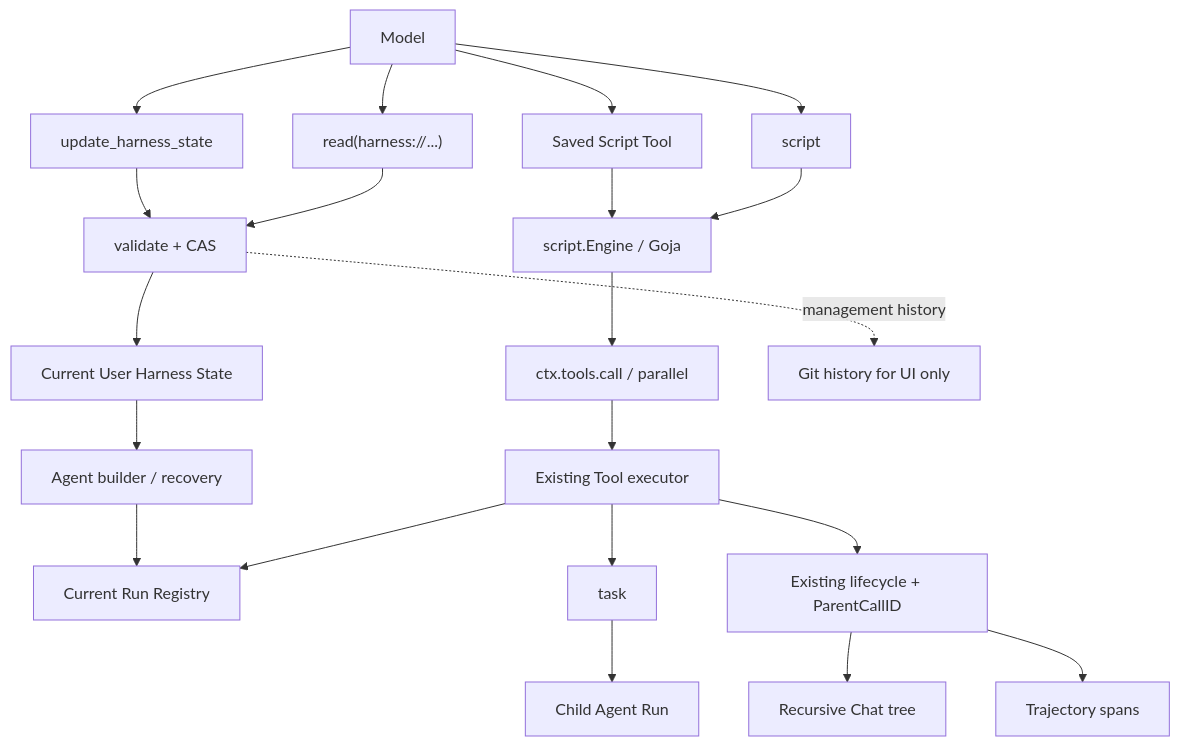
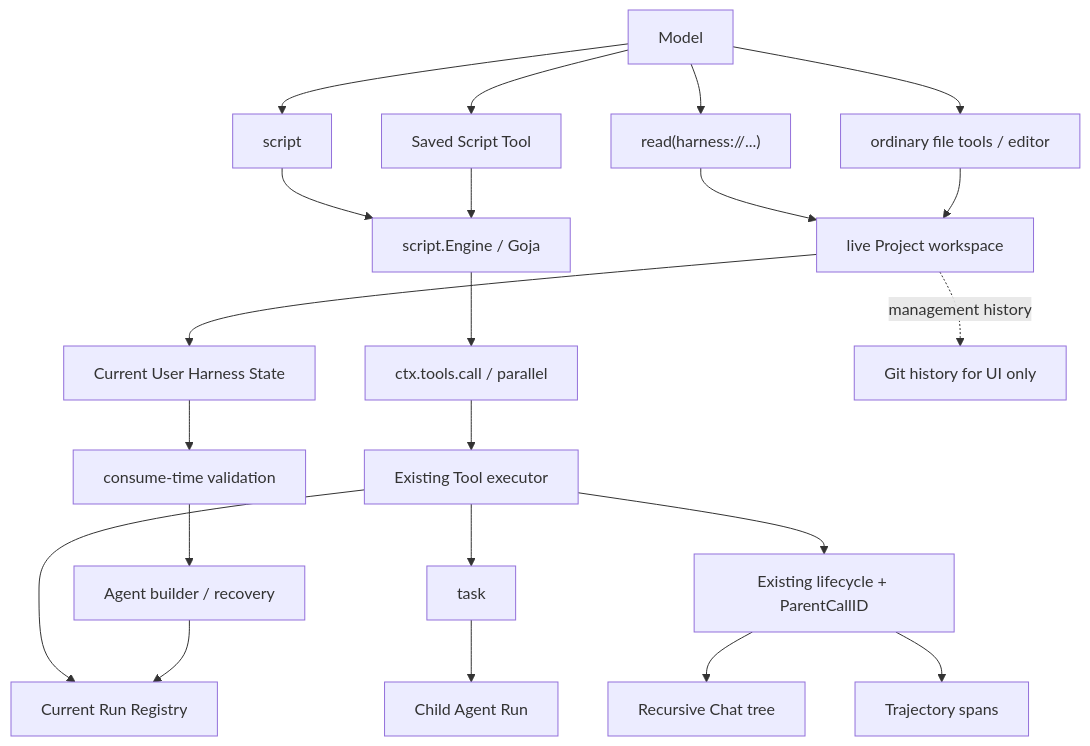
Before and after one commit to alfredxw/denova: the diagram in docs/dynamic-tool-orchestration-design.md, drawn with Mermaid. The commit also changed other lines of this file and 95 other files, not shown here.

Commit message:
Refactor application architecture and simplify implementation

````diff
--- a/docs/dynamic-tool-orchestration-design.md
+++ b/docs/dynamic-tool-orchestration-design.md
@@ -91,34 +92,35 @@
 ```mermaid
 flowchart TD
     MODEL["Model"]
     SCRIPT["script"]
     SAVED["Saved Script Tool"]
     ENGINE["script.Engine / Goja"]
     HOST["ctx.tools.call / parallel"]
     EXECUTOR["Existing Tool executor"]
     REGISTRY["Current Run Registry"]
     TASK["task"]
     CHILD["Child Agent Run"]
     EVENTS["Existing lifecycle + ParentCallID"]
     CHAT["Recursive Chat tree"]
     TRACE["Trajectory spans"]
 
     STATE["Current User Harness State"]
     READ["read(harness://...)"]
-    UPDATE["update_harness_state"]
-    STORE["validate + CAS"]
+    WRITE["ordinary file tools / editor"]
+    STORE["live Project workspace"]
+    VALIDATE["consume-time validation"]
     HISTORY["Git history for UI only"]
     BUILDER["Agent builder / recovery"]
 
     MODEL --> SCRIPT --> ENGINE
     MODEL --> SAVED --> ENGINE
     ENGINE --> HOST --> EXECUTOR --> REGISTRY
     EXECUTOR --> TASK --> CHILD
     EXECUTOR --> EVENTS --> CHAT
     EVENTS --> TRACE
 
     MODEL --> READ --> STORE
-    MODEL --> UPDATE --> STORE --> STATE
+    MODEL --> WRITE --> STORE --> STATE
     STORE -. management history .-> HISTORY
-    STATE --> BUILDER --> REGISTRY
+    STATE --> VALIDATE --> BUILDER --> REGISTRY
 ```
````
